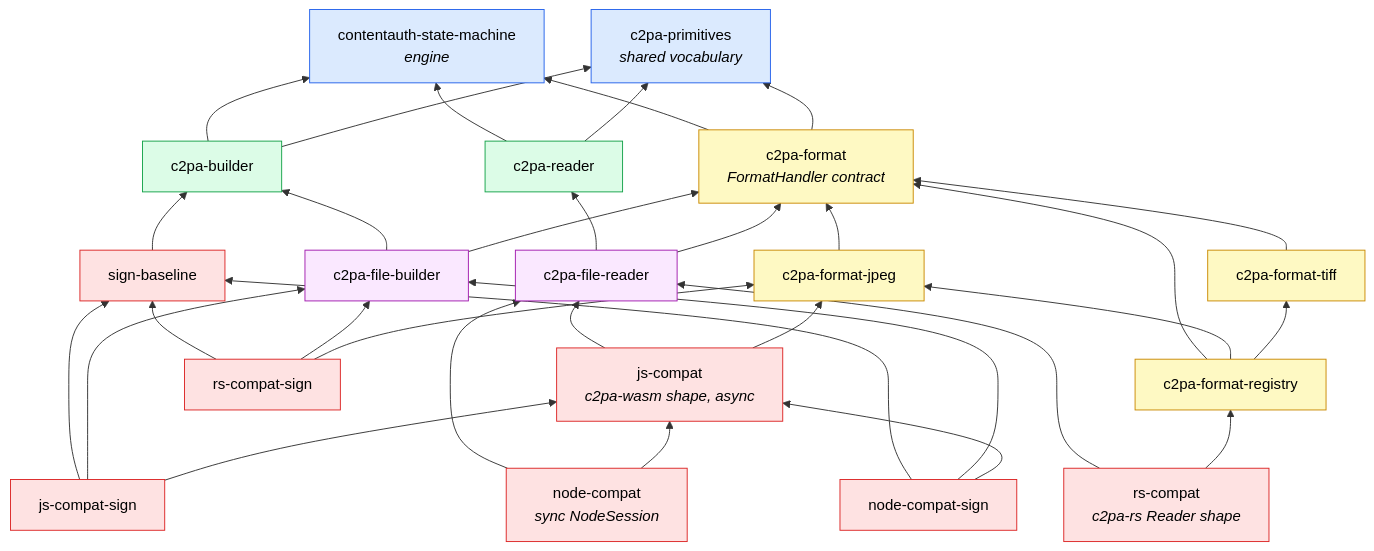
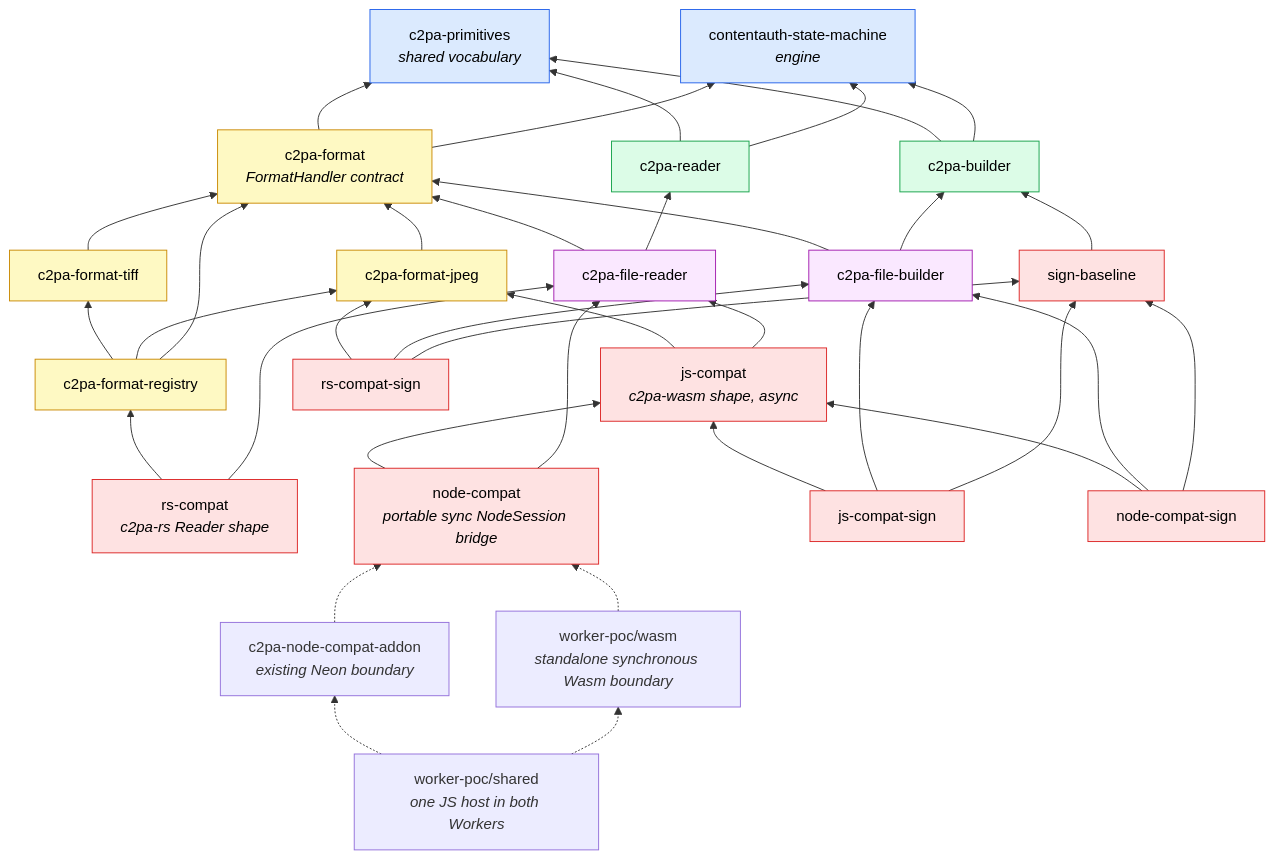
One commit to scouten/state-machine-experiment changed the first of 2 diagrams in docs/walkthrough/02-architecture.md. Above: the diagram before and after it, drawn with Mermaid. The commit also changed other lines of this file and 25 other files, not shown here.

First line of the commit message:
Add shared Worker host proof over Wasm and Neon

````diff
--- a/docs/walkthrough/02-architecture.md
+++ b/docs/walkthrough/02-architecture.md
@@ -11,52 +12,58 @@
 ```mermaid
 flowchart BT
     SM["contentauth-state-machine<br/><i>engine</i>"]
     PR["c2pa-primitives<br/><i>shared vocabulary</i>"]
 
     RD["c2pa-reader"]
     BD["c2pa-builder"]
     FM["c2pa-format<br/><i>FormatHandler contract</i>"]
 
     JP["c2pa-format-jpeg"]
     TF["c2pa-format-tiff"]
     RG["c2pa-format-registry"]
 
     FR["c2pa-file-reader"]
     FB["c2pa-file-builder"]
 
     RSC["rs-compat<br/><i>c2pa-rs Reader shape</i>"]
     JSC["js-compat<br/><i>c2pa-wasm shape, async</i>"]
-    NDC["node-compat<br/><i>sync NodeSession</i>"]
+    NDC["node-compat<br/><i>portable sync NodeSession bridge</i>"]
 
     SB["sign-baseline"]
     RSS["rs-compat-sign"]
     JSS["js-compat-sign"]
     NDS["node-compat-sign"]
+    POC["worker-poc/shared<br/><i>one JS host in both Workers</i>"]
+    PW["worker-poc/wasm<br/><i>standalone synchronous Wasm boundary</i>"]
+    PN["c2pa-node-compat-addon<br/><i>existing Neon boundary</i>"]
 
     RD --> SM & PR
     BD --> SM & PR
     FM --> SM & PR
     JP --> FM
     TF --> FM
     RG --> FM & JP & TF
     FR --> RD & FM
     FB --> BD & FM
     RSC --> FR & RG
     JSC --> FR & JP
     NDC --> FR & JSC
     SB --> BD
     RSS --> SB & FB & JP
     JSS --> SB & FB & JSC
     NDS --> SB & FB & JSC
+    POC -.-> PW & PN
+    PW -.-> NDC
+    PN -.-> NDC
 
     classDef engine fill:#dbeafe,stroke:#2563eb,color:#000
     classDef core fill:#dcfce7,stroke:#16a34a,color:#000
     classDef fmt fill:#fef9c3,stroke:#ca8a04,color:#000
     classDef glue fill:#fae8ff,stroke:#a21caf,color:#000
     classDef bind fill:#fee2e2,stroke:#dc2626,color:#000
     class SM,PR engine
     class RD,BD core
     class FM,JP,TF,RG fmt
     class FR,FB glue
     class RSC,JSC,NDC,SB,RSS,JSS,NDS bind
 ```
````
